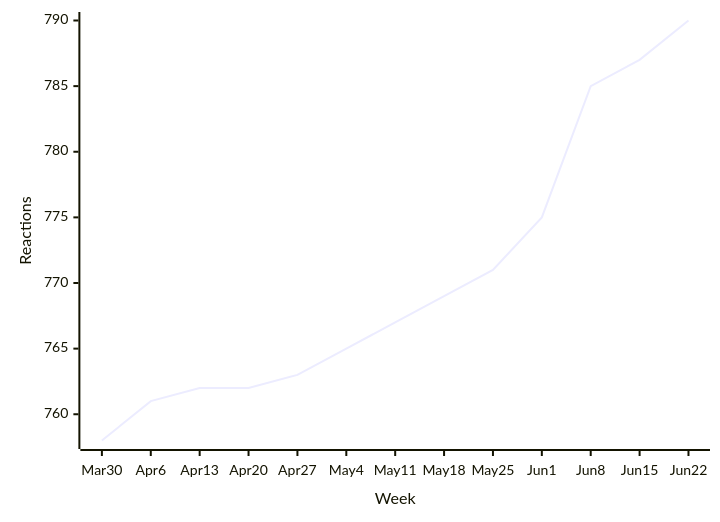
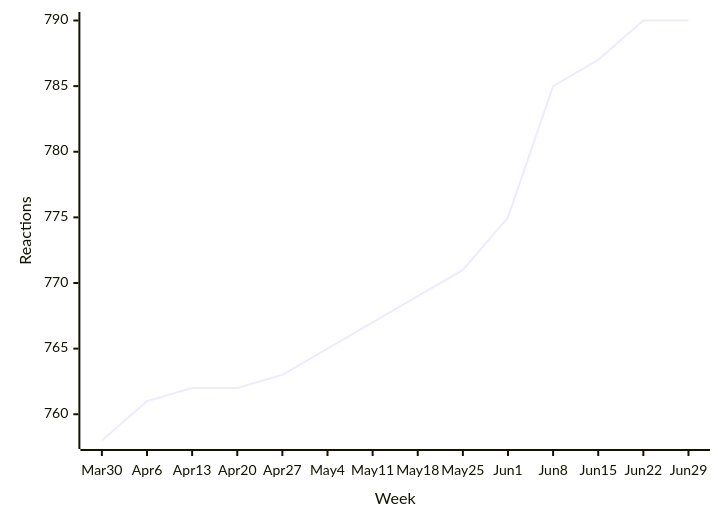
One commit to loic-sharma/github-insights changed the second of 48 diagrams in README.md. Above: the diagram before and after it, drawn with Mermaid. The commit also changed other lines of this file and 3 other files, not shown here.

````diff
--- a/README.md
+++ b/README.md
@@ -356,6 +356,6 @@
   ```mermaid
   xychart-beta
-    x-axis "Week" [Mar 30, Apr 6, Apr 13, Apr 20, Apr 27, May 4, May 11, May 18, May 25, Jun 1, Jun 8, Jun 15, Jun 22]
+    x-axis "Week" [Mar 30, Apr 6, Apr 13, Apr 20, Apr 27, May 4, May 11, May 18, May 25, Jun 1, Jun 8, Jun 15, Jun 22, Jun 29]
     y-axis "Reactions"
-    line [758, 761, 762, 762, 763, 765, 767, 769, 771, 775, 785, 787, 790]
+    line [758, 761, 762, 762, 763, 765, 767, 769, 771, 775, 785, 787, 790, 790]
   ```
````
